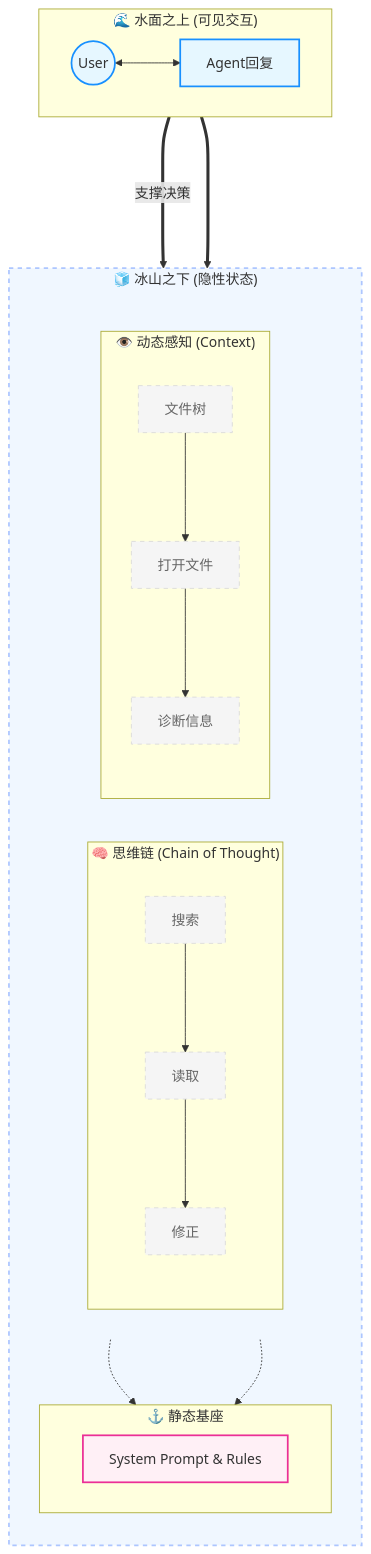
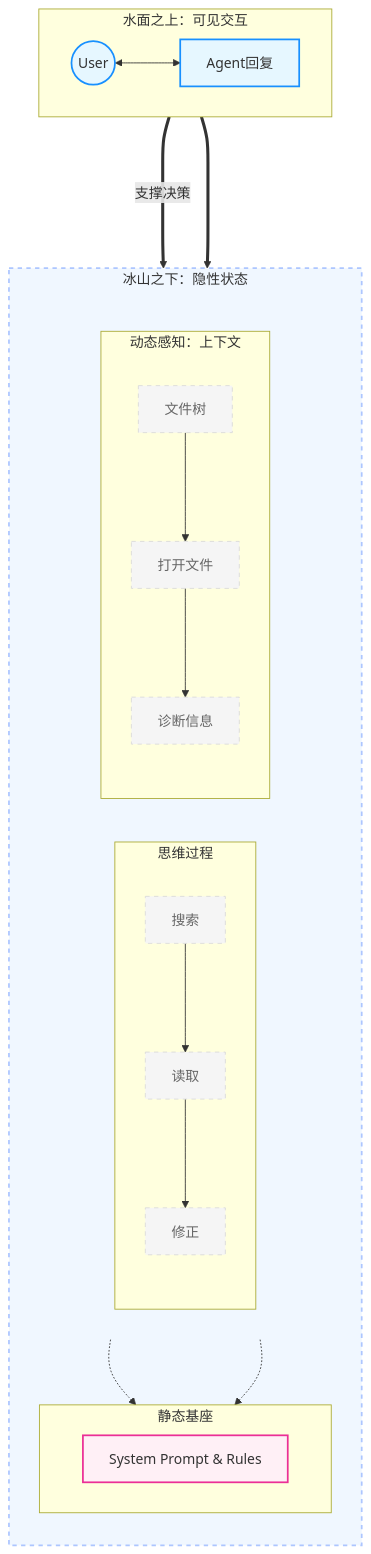
The fourth of 7 diagrams in 10_agentic_coding/10.2_loop.md (yeasy/agentic_ai_guide), drawn with Mermaid before and after one commit. The commit also changed other lines of this file and 88 other files, not shown here.

````diff
--- a/10_agentic_coding/10.2_loop.md
+++ b/10_agentic_coding/10.2_loop.md
@@ -140,56 +140,56 @@
 ```mermaid
 graph TD
     %% === 样式定义 ===
     classDef visible fill:#e6f7ff,stroke:#1890ff,stroke-width:2px;
     classDef submerged fill:#f5f5f5,stroke:#d9d9d9,stroke-width:1px,color:#666,stroke-dasharray: 5 5;
     classDef core fill:#fff0f6,stroke:#eb2f96,stroke-width:2px;
     classDef container fill:#fafafa,stroke:#ccc,stroke-width:1px;
     
     %% 定义一个深海背景样式
     classDef deepSea fill:#f0f7ff,stroke:#adc6ff,stroke-width:2px,stroke-dasharray: 5 5;
 
     %% === 水面之上 ===
-    subgraph Surface ["🌊 水面之上 (可见交互)"]
+    subgraph Surface ["水面之上：可见交互"]
         direction LR
         User((User)):::visible <--> Agent[Agent回复]:::visible
     end
 
     %% === 冰山之下 ===
-    subgraph Underwater ["🧊 冰山之下 (隐性状态)"]
+    subgraph Underwater ["冰山之下：隐性状态"]
         direction TB
         
         %% 第一层：动态过程（左右并列）
         subgraph ProcessLayer [" "]
             direction LR
             %% 隐藏边框让布局更紧凑
             style ProcessLayer fill:none,stroke:none
 
-            subgraph CoT ["🧠 思维链 (Chain of Thought)"]
+            subgraph CoT ["思维过程"]
                 direction TB
                 Search[搜索]:::submerged --> Read[读取]:::submerged --> Failed[修正]:::submerged
             end
 
-            subgraph Ctx ["👁️ 动态感知 (Context)"]
+            subgraph Ctx ["动态感知：上下文"]
                 direction TB
                 Tree[文件树]:::submerged --> Tabs[打开文件]:::submerged --> LSP[诊断信息]:::submerged
             end
         end
 
         %% 第二层：静态约束
-        subgraph Rules ["⚓ 静态基座"]
+        subgraph Rules ["静态基座"]
             SysPrompt["System Prompt & Rules"]:::core
         end
     end
 
     %% === 连接关系 ===
     %% 使用 invisible line (~~~) 辅助布局，或者直接连接
     Surface ====>|支撑决策| CoT
     Surface ====> Ctx
     
     %% 内部逻辑关联
     CoT -.-> Rules
     Ctx -.-> Rules
 
     %% === 应用样式 ===
     class Underwater deepSea
 ```
````
